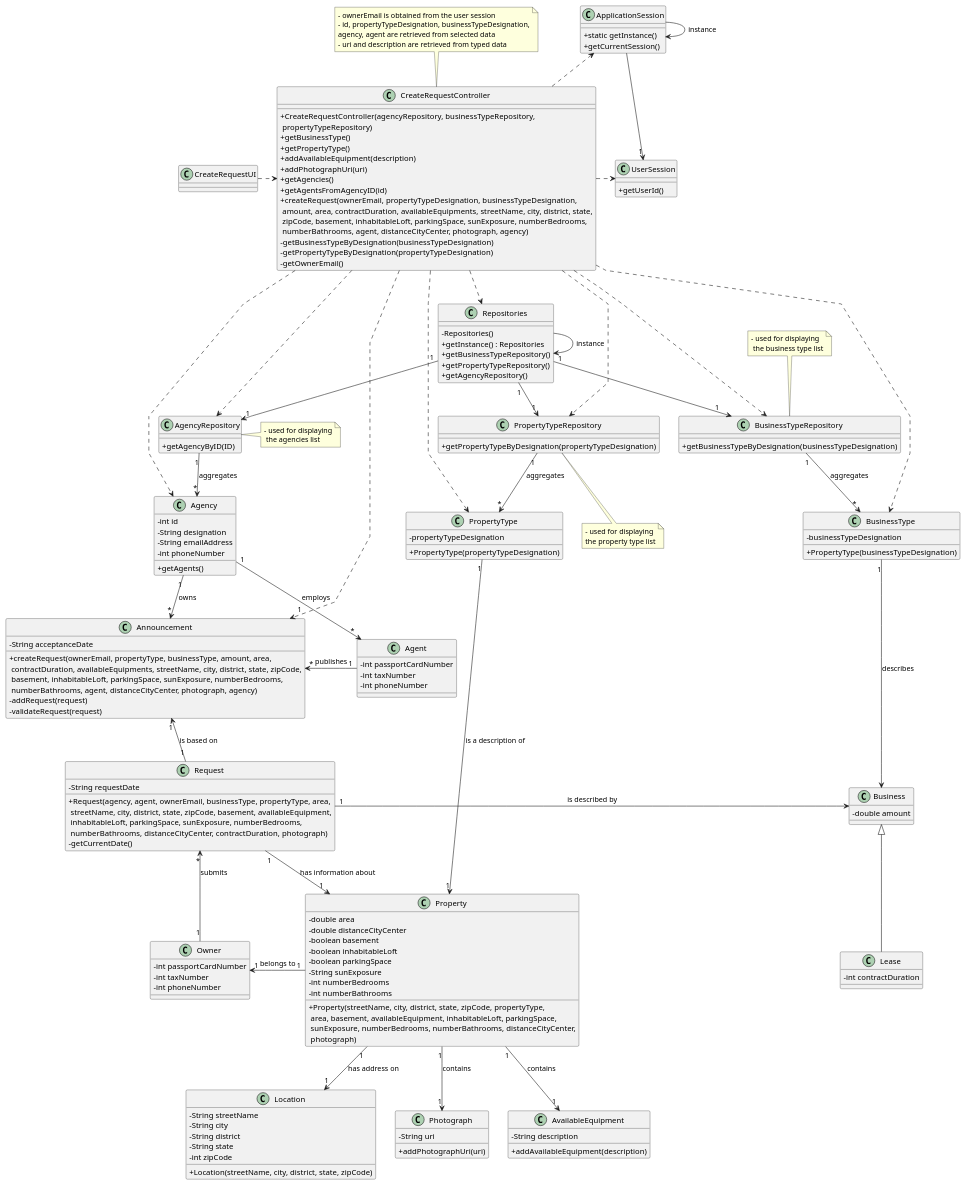
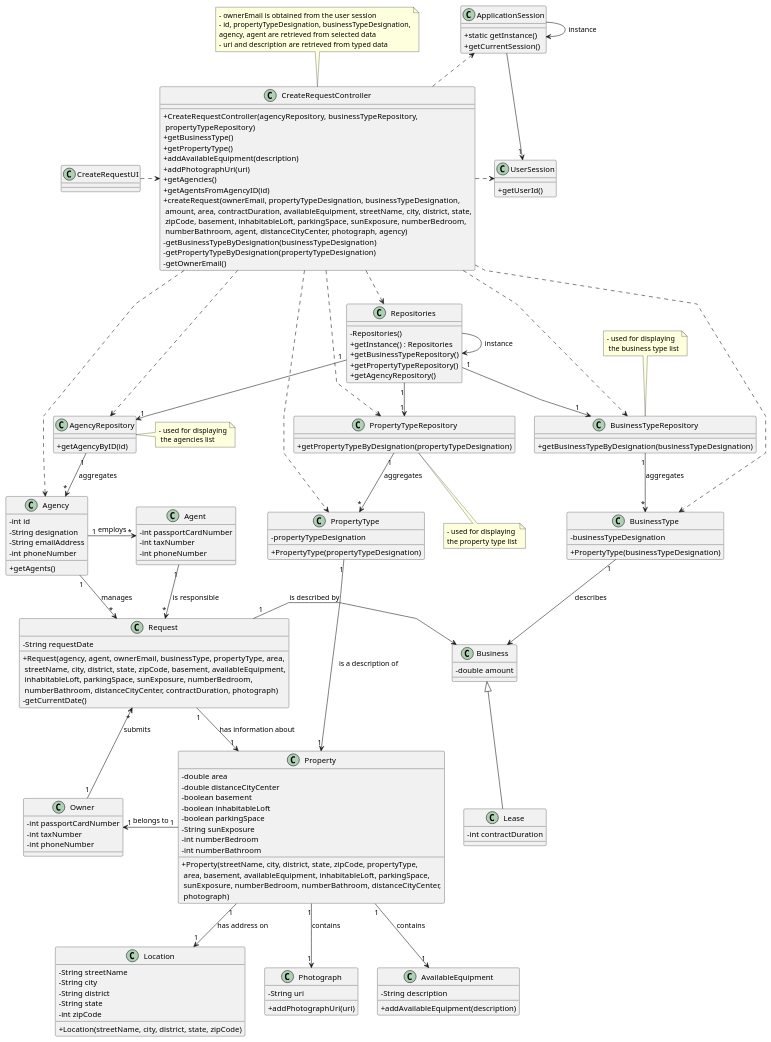
The diagram in docs/sprintB/us004/03.design/puml/us004-class-diagram.puml (rita-barbosa/LAPR2-2223), drawn with PlantUML before and after one commit. The commit also changed 24 other files, not shown here.

```diff
--- a/docs/sprintB/us004/03.design/puml/us004-class-diagram.puml
+++ b/docs/sprintB/us004/03.design/puml/us004-class-diagram.puml
@@ -26,7 +26,7 @@
     + addPhotographUri(uri)
     + getAgencies()
     + getAgentsFromAgencyID(id)
-    + createRequest(ownerEmail, propertyTypeDesignation, businessTypeDesignation,\n amount, area, contractDuration, availableEquipments, streetName, city, district, state,\n zipCode, basement, inhabitableLoft, parkingSpace, sunExposure, numberBedrooms,\n numberBathrooms, agent, distanceCityCenter, photograph, agency)
+    + createRequest(ownerEmail, propertyTypeDesignation, businessTypeDesignation,\n amount, area, contractDuration, availableEquipment, streetName, city, district, state,\n zipCode, basement, inhabitableLoft, parkingSpace, sunExposure, numberBedroom,\n numberBathroom, agent, distanceCityCenter, photograph, agency)
     - getBusinessTypeByDesignation(businessTypeDesignation)
     - getPropertyTypeByDesignation(propertyTypeDesignation)
     - getOwnerEmail()
@@ -68,7 +68,7 @@
 }
 
 class AgencyRepository {
-    + getAgencyByID(ID)
+    + getAgencyByID(id)
 }
 note right of AgencyRepository
     - used for displaying
@@ -115,9 +115,9 @@
     - boolean inhabitableLoft
     - boolean parkingSpace
     - String sunExposure
-    - int numberBedrooms
-    - int numberBathrooms
-    + Property(streetName, city, district, state, zipCode, propertyType,\n area, basement, availableEquipment, inhabitableLoft, parkingSpace,\n sunExposure, numberBedrooms, numberBathrooms, distanceCityCenter,\n photograph)
+    - int numberBedroom
+    - int numberBathroom
+    + Property(streetName, city, district, state, zipCode, propertyType,\n area, basement, availableEquipment, inhabitableLoft, parkingSpace,\n sunExposure, numberBedroom, numberBathroom, distanceCityCenter,\n photograph)
     }
 
 class Location {
@@ -141,15 +141,8 @@
 
 class Request{
     - String requestDate
-    + Request(agency, agent, ownerEmail, businessType, propertyType, area,\n streetName, city, district, state, zipCode, basement, availableEquipment,\n inhabitableLoft, parkingSpace, sunExposure, numberBedrooms,\n numberBathrooms, distanceCityCenter, contractDuration, photograph)
+    + Request(agency, agent, ownerEmail, businessType, propertyType, area,\n streetName, city, district, state, zipCode, basement, availableEquipment,\n inhabitableLoft, parkingSpace, sunExposure, numberBedroom,\n numberBathroom, distanceCityCenter, contractDuration, photograph)
     - getCurrentDate()
-}
-
-class Announcement{
-    - String acceptanceDate
-    + createRequest(ownerEmail, propertyType, businessType, amount, area,\n contractDuration, availableEquipments, streetName, city, district, state, zipCode,\n basement, inhabitableLoft, parkingSpace, sunExposure, numberBedrooms,\n numberBathrooms, agent, distanceCityCenter, photograph, agency)
-    - addRequest(request)
-    - validateRequest(request)
 }
 
 class Business{
@@ -200,8 +193,6 @@
 
 Agency "1" -right-> "*" Agent : employs
 
-Agent "1" -left-> "*" Announcement : publishes
-
 Request "1" --> "1" Property : has information about
 
 Property "1" --> "1" Location : has address on
@@ -212,15 +203,9 @@
 
 Owner "1" -up-> "*" Request : submits
 
-Request "1" -up-> "1" Announcement : is based on
-
-Agency "1" --> "*" Announcement : owns
-
 Property "1" --> "1" Photograph : contains
 
 Property "1" --> "1" AvailableEquipment : contains
-
-CreateRequestController .> "1" Announcement
 
 PropertyType "1" --> "1" Property : is a description of
 
@@ -228,4 +213,8 @@
 
 Request "1" -right-> Business : is described by
 
+Agency "1" --> "*" Request : manages
+
+Agent "1" --> "*" Request : is responsible
+
 @enduml
```
